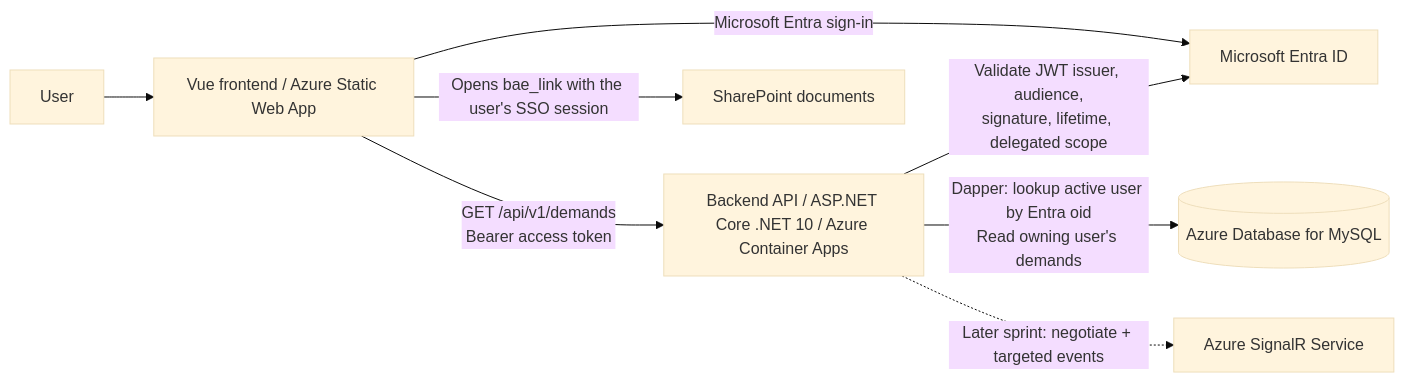
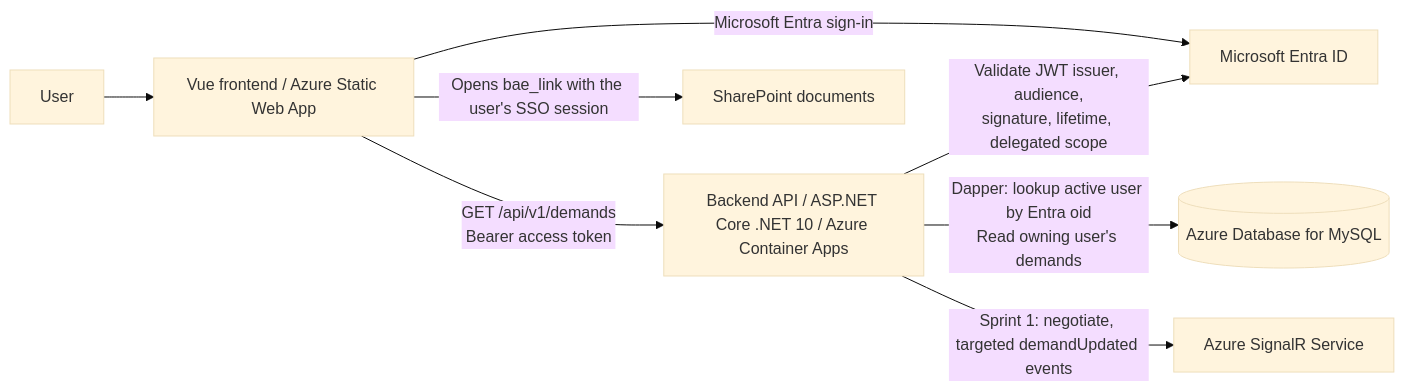
The first of 2 diagrams in docs/specs/SPECIFICATIONS.md (alex-talan/klesia-api), drawn with Mermaid (base theme) before and after one commit. The commit also changed other lines of this file and 2 other files, not shown here.

Commit message:
SignalR for sprint 1

````diff
--- a/docs/specs/SPECIFICATIONS.md
+++ b/docs/specs/SPECIFICATIONS.md
@@ -79,10 +83,10 @@
 ```mermaid
 flowchart LR
     U[User] --> FE[Vue frontend / Azure Static Web App]
     FE -->|Microsoft Entra sign-in| ENTRA[Microsoft Entra ID]
     FE -->|GET /api/v1/demands\nBearer access token| API[Backend API / ASP.NET Core .NET 10 / Azure Container Apps]
     API -->|Validate JWT issuer, audience,\nsignature, lifetime, delegated scope| ENTRA
     API -->|Dapper: lookup active user by Entra oid\nRead owning user's demands| DB[(Azure Database for MySQL)]
     FE -->|Opens bae_link with the user's SSO session| SP[SharePoint documents]
-    API -.->|Later sprint: negotiate + targeted events| SR[Azure SignalR Service]
+    API -->|Sprint 1: negotiate, targeted demandUpdated events| SR[Azure SignalR Service]
 ```
````
